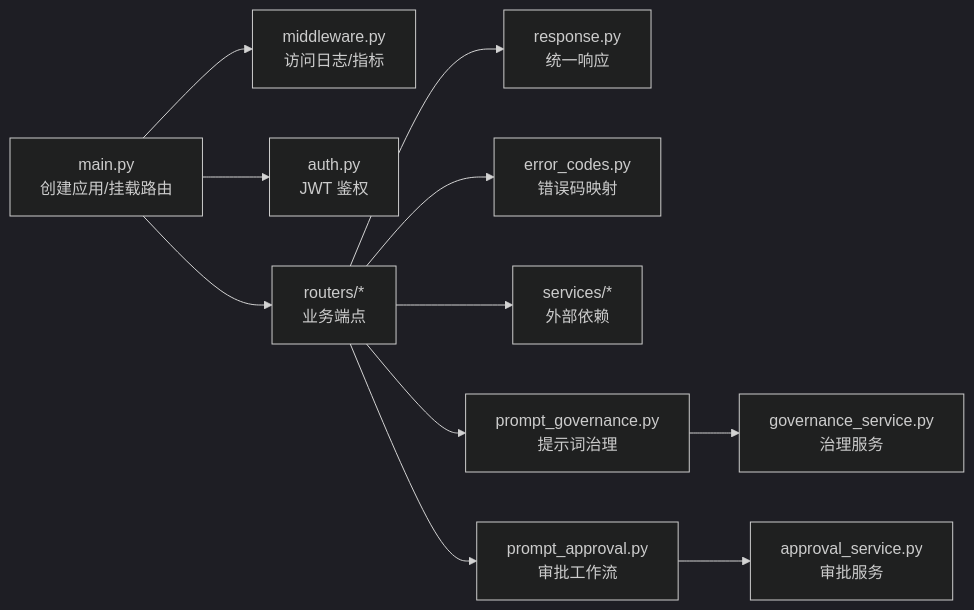
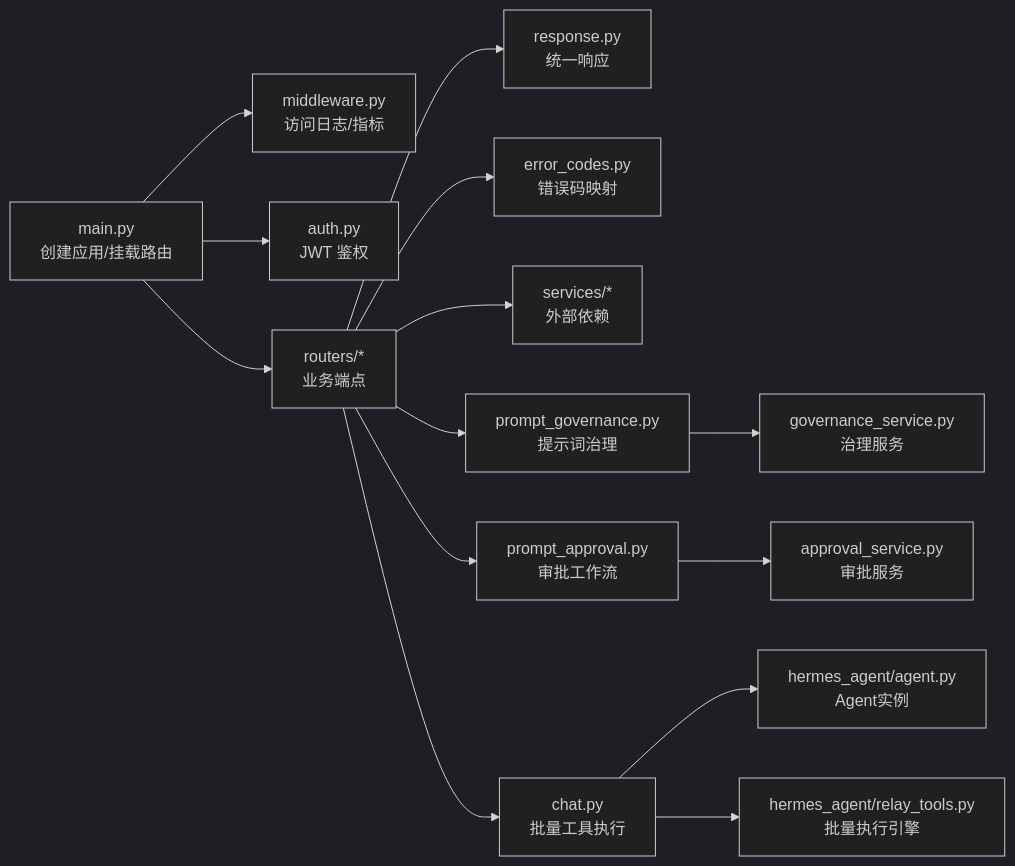
One commit to songlinhe5-lab/quant_agent changed the third of 3 diagrams in .qoder/repowiki/zh/content/API接口参考/RESTful API接口/RESTful API接口.md. Above: the diagram before and after it, drawn with Mermaid (dark theme). The commit also changed other lines of this file and 300 other files, not shown here.

````diff
--- a/.qoder/repowiki/zh/content/API接口参考/RESTful API接口/RESTful API接口.md
+++ b/.qoder/repowiki/zh/content/API接口参考/RESTful API接口/RESTful API接口.md
@@ -391,13 +480,16 @@
 ```mermaid
 graph LR
 Main["main.py<br/>创建应用/挂载路由"] --> MW["middleware.py<br/>访问日志/指标"]
 Main --> Auth["auth.py<br/>JWT 鉴权"]
 Main --> Routers["routers/*<br/>业务端点"]
 Routers --> Resp["response.py<br/>统一响应"]
 Routers --> Err["error_codes.py<br/>错误码映射"]
 Routers --> Svc["services/*<br/>外部依赖"]
 Routers --> PG["prompt_governance.py<br/>提示词治理"]
 Routers --> PA["prompt_approval.py<br/>审批工作流"]
+Routers --> BE["chat.py<br/>批量工具执行"]
 PG --> PGS["governance_service.py<br/>治理服务"]
 PA --> PAS["approval_service.py<br/>审批服务"]
+BE --> HA["hermes_agent/agent.py<br/>Agent实例"]
+BE --> RT["hermes_agent/relay_tools.py<br/>批量执行引擎"]
 ```
````
